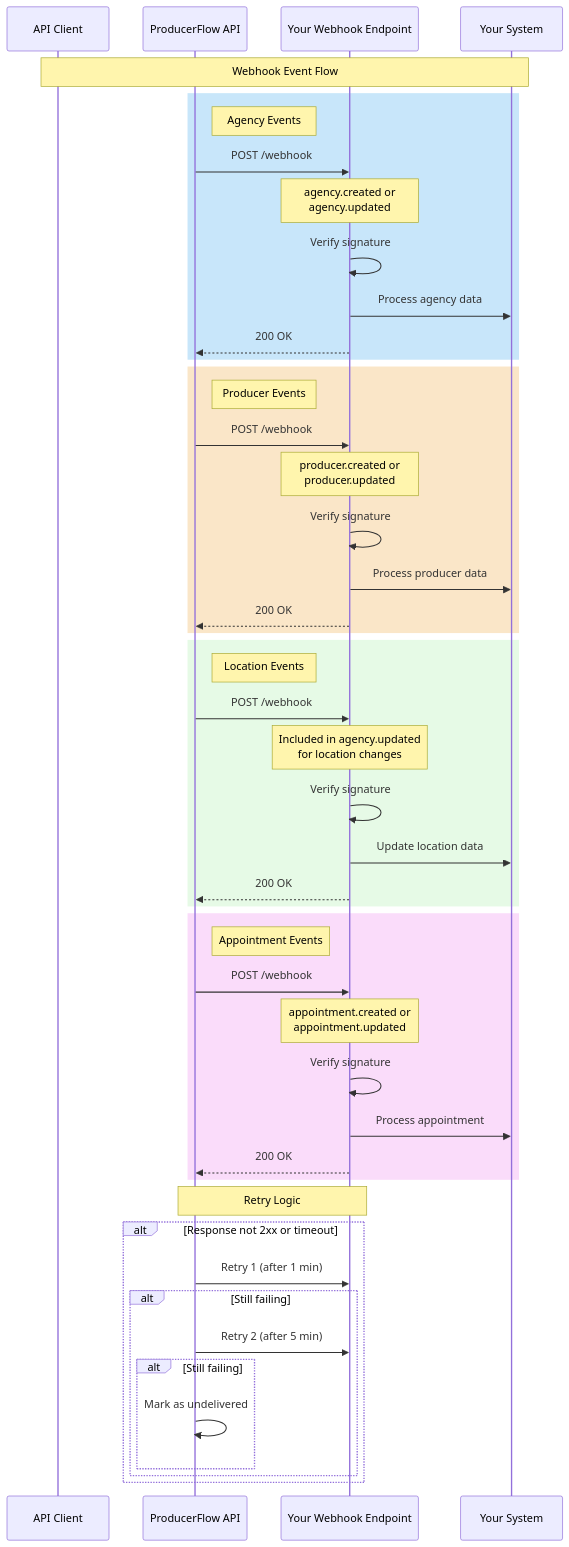
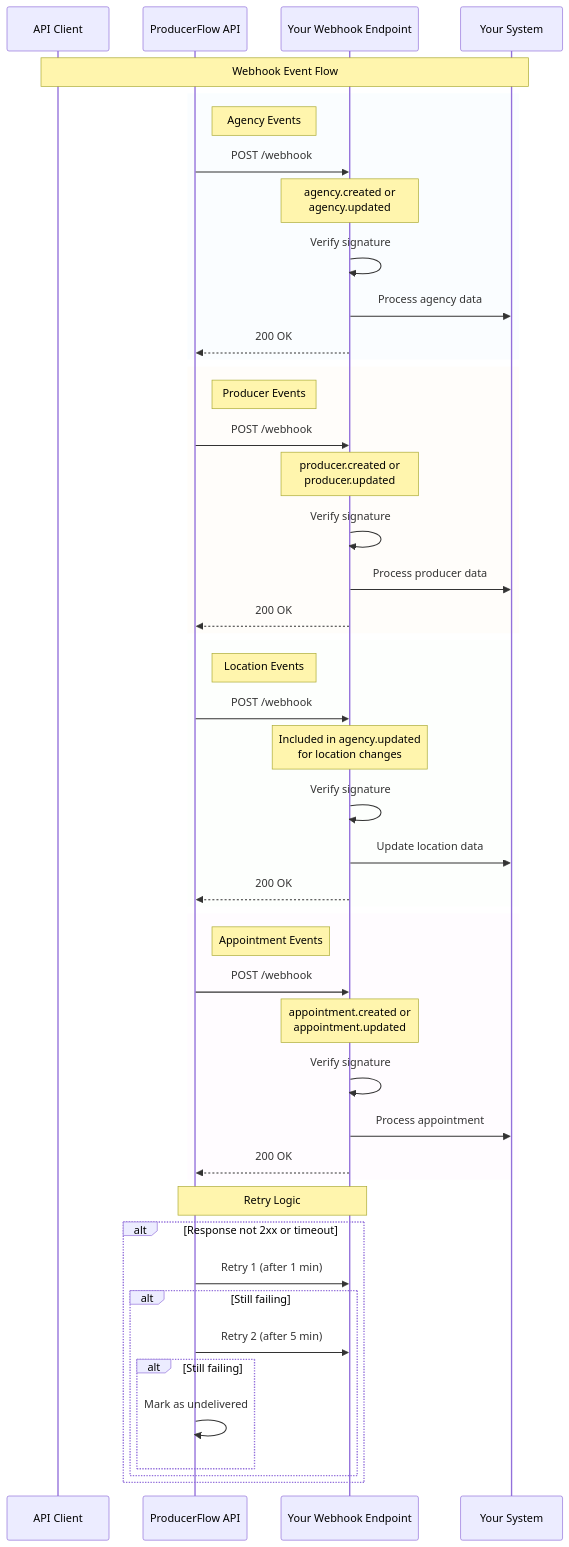
Before and after one commit to producerflow/producerflowapi: the tenth of 10 diagrams in wiki/API-Workflows.md, drawn with Mermaid. The commit also changed other lines of this file and 1 other file, not shown here.

Commit message:
docs(wiki): fix workflow diagrams unreadable in dark mode
Sequence-diagram section bands used opaque light fills (rect rgb(...)).
GitHub renders Mermaid theme-aware, so in dark mode the message labels
are drawn light while the band stays bright pastel, leaving text
washed-out and unreadable. Switch the 8 section fills to low-alpha
(rect rgba(..., 0.1)) so the band still tints the section while the
theme text color stays readable in both light and dark mode.

````diff
--- a/wiki/API-Workflows.md
+++ b/wiki/API-Workflows.md
@@ -364,56 +364,56 @@
 ```mermaid
 sequenceDiagram
     participant Client as API Client
     participant API as ProducerFlow API
     participant WH as Your Webhook Endpoint
     participant System as Your System
 
     Note over Client,System: Webhook Event Flow
     
-    rect rgb(200, 230, 250)
+    rect rgba(200, 230, 250, 0.1)
         Note right of API: Agency Events
         API->>WH: POST /webhook
         Note over WH: agency.created or<br/>agency.updated
         WH->>WH: Verify signature
         WH->>System: Process agency data
         WH-->>API: 200 OK
     end
     
-    rect rgb(250, 230, 200)
+    rect rgba(250, 230, 200, 0.1)
         Note right of API: Producer Events
         API->>WH: POST /webhook
         Note over WH: producer.created or<br/>producer.updated
         WH->>WH: Verify signature
         WH->>System: Process producer data
         WH-->>API: 200 OK
     end
     
-    rect rgb(230, 250, 230)
+    rect rgba(230, 250, 230, 0.1)
         Note right of API: Location Events
         API->>WH: POST /webhook
         Note over WH: Included in agency.updated<br/>for location changes
         WH->>WH: Verify signature
         WH->>System: Update location data
         WH-->>API: 200 OK
     end
     
-    rect rgb(250, 220, 250)
+    rect rgba(250, 220, 250, 0.1)
         Note right of API: Appointment Events
         API->>WH: POST /webhook
         Note over WH: appointment.created or<br/>appointment.updated
         WH->>WH: Verify signature
         WH->>System: Process appointment
         WH-->>API: 200 OK
     end
     
     Note over API,WH: Retry Logic
     alt Response not 2xx or timeout
         API->>WH: Retry 1 (after 1 min)
         alt Still failing
             API->>WH: Retry 2 (after 5 min)
             alt Still failing
                 API->>API: Mark as undelivered
             end
         end
     end
 ```
````
